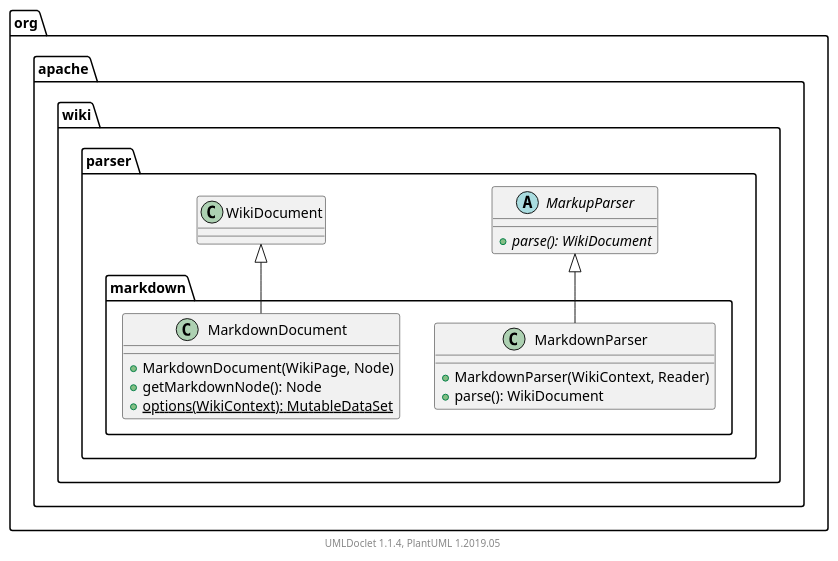
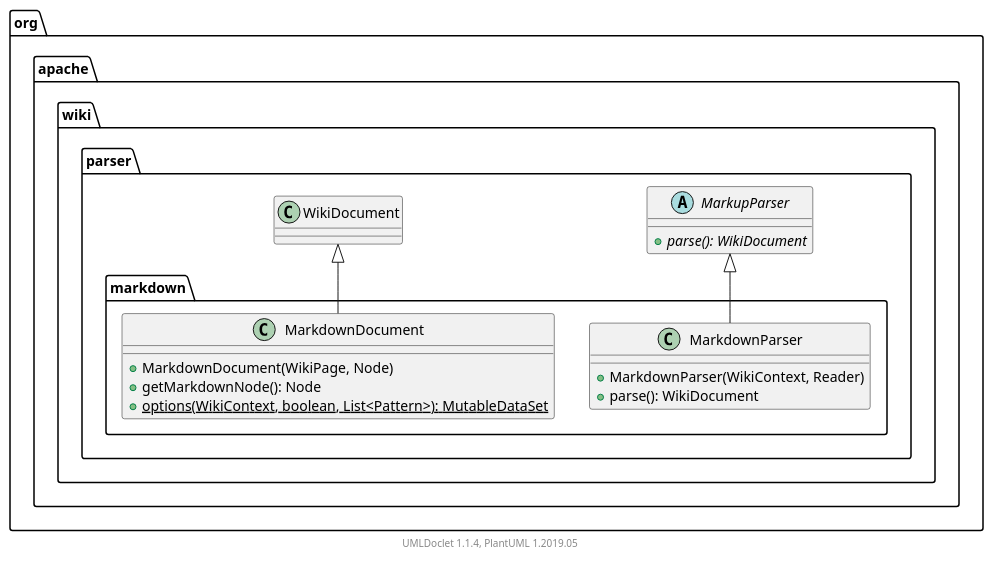
Before and after one commit to apache/jspwiki-site: the diagram in apidocs/2.11.0.M7-SNAPSHOT/org/apache/wiki/parser/markdown/package.puml, drawn with PlantUML. The commit also changed 1379 other files, not shown here.

```diff
--- a/apidocs/2.11.0.M7-SNAPSHOT/org/apache/wiki/parser/markdown/package.puml
+++ b/apidocs/2.11.0.M7-SNAPSHOT/org/apache/wiki/parser/markdown/package.puml
@@ -1,28 +1,28 @@
 @startuml
 
     namespace org.apache.wiki.parser.markdown {
 
         class MarkdownParser [[MarkdownParser.html]] {
             +MarkdownParser(WikiContext, Reader)
             +parse(): WikiDocument
         }
 
         class MarkdownDocument [[MarkdownDocument.html]] {
             +MarkdownDocument(WikiPage, Node)
             +getMarkdownNode(): Node
-            {static} +options(WikiContext): MutableDataSet
+            {static} +options(WikiContext, boolean, List<Pattern>): MutableDataSet
         }
 
         abstract class org.apache.wiki.parser.MarkupParser {
             {abstract} +parse(): WikiDocument
         }
         org.apache.wiki.parser.MarkupParser <|-- MarkdownParser
 
         class org.apache.wiki.parser.WikiDocument
         org.apache.wiki.parser.WikiDocument <|-- MarkdownDocument
 
     }
 
 
     center footer UMLDoclet 1.1.4, PlantUML 1.2019.05
 @enduml
```
